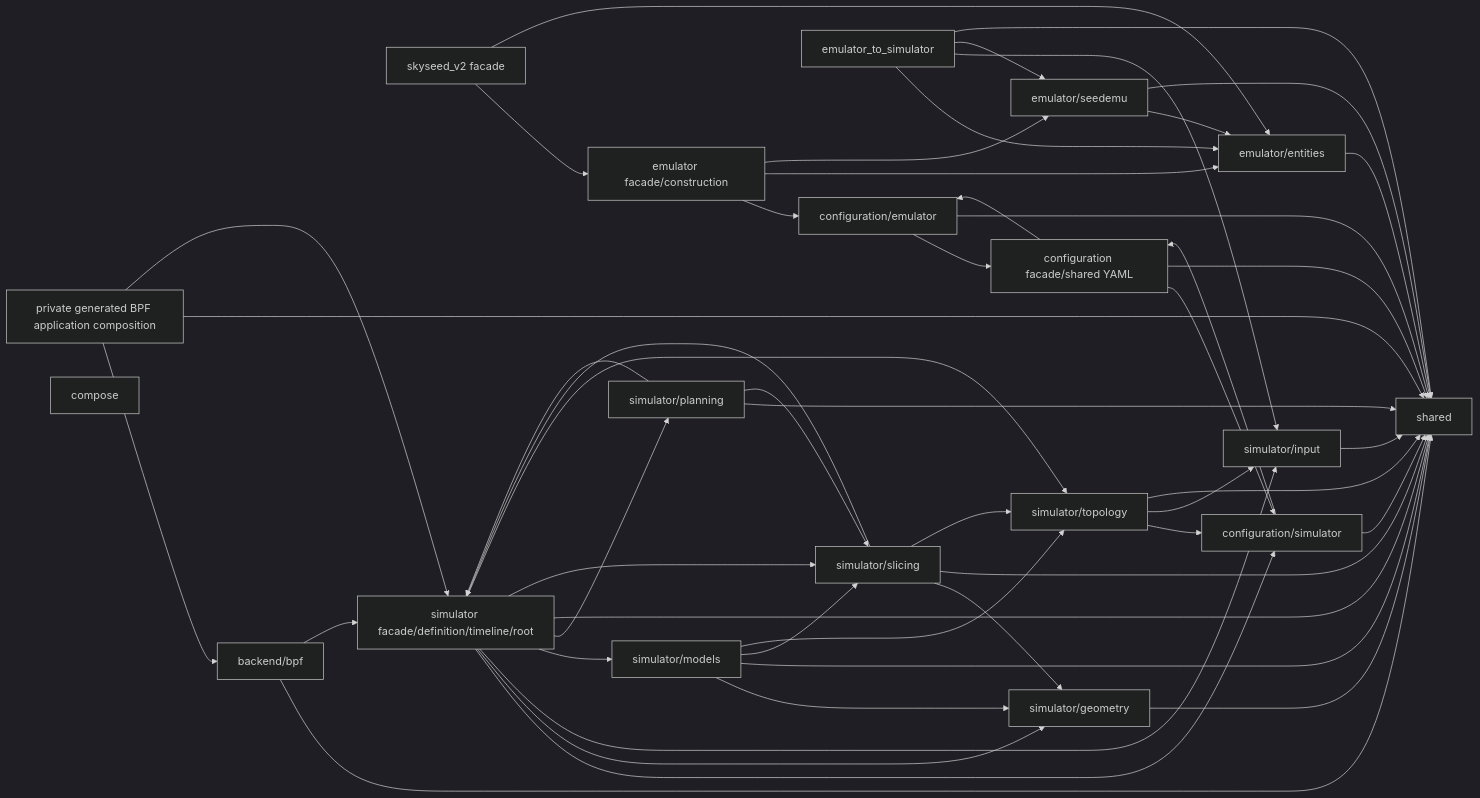
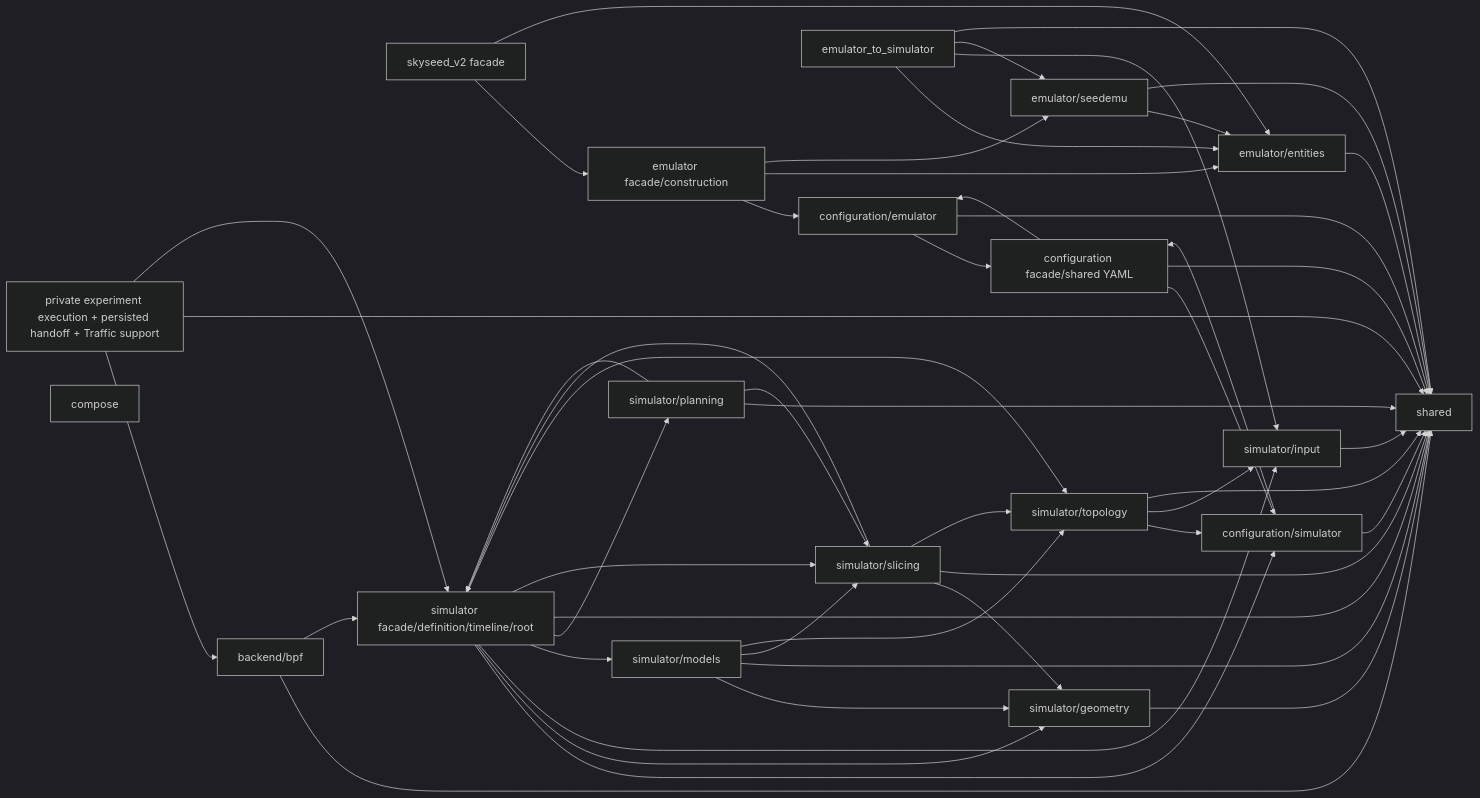
One commit to seed-labs/skyseed changed the diagram in skyseed_v2/docs/human-readable/repository-map.md. Above: the diagram before and after it, drawn with Mermaid (dark theme). The commit also changed other lines of this file and 102 other files, not shown here.

````diff
--- a/skyseed_v2/docs/human-readable/repository-map.md
+++ b/skyseed_v2/docs/human-readable/repository-map.md
@@ -8,71 +8,71 @@
 ```mermaid
 flowchart LR
     ROOT["skyseed_v2 facade"]
-    APP["private generated BPF application composition"]
+    EXPERIMENT["private experiment execution + persisted handoff + Traffic support"]
     SHARED["shared"]
     CONFIG["configuration facade/shared YAML"]
     CONFIG_EMU["configuration/emulator"]
     CONFIG_SIM["configuration/simulator"]
     EMU["emulator facade/construction"]
     ENTITIES["emulator/entities"]
     SEED["emulator/seedemu"]
     BRIDGE["emulator_to_simulator"]
     INPUT["simulator/input"]
     SIM["simulator facade/definition/timeline/root"]
     GEOMETRY["simulator/geometry"]
     TOPOLOGY["simulator/topology"]
     SLICING["simulator/slicing"]
     MODELS["simulator/models"]
     PLANNING["simulator/planning"]
     COMPOSE["compose"]
     BPF["backend/bpf"]
 
-    APP --> BPF
-    APP --> SHARED
-    APP --> SIM
+    EXPERIMENT --> BPF
+    EXPERIMENT --> SHARED
+    EXPERIMENT --> SIM
     BRIDGE --> ENTITIES
     BRIDGE --> INPUT
     BRIDGE --> SEED
     BRIDGE --> SHARED
     CONFIG --> CONFIG_EMU
     CONFIG --> CONFIG_SIM
     CONFIG --> SHARED
     CONFIG_EMU --> CONFIG
     CONFIG_EMU --> SHARED
     CONFIG_SIM --> CONFIG
     CONFIG_SIM --> SHARED
     EMU --> CONFIG_EMU
     EMU --> ENTITIES
     EMU --> SEED
     ENTITIES --> SHARED
     GEOMETRY --> SHARED
     INPUT --> SHARED
     MODELS --> GEOMETRY
     MODELS --> SHARED
     MODELS --> SLICING
     MODELS --> TOPOLOGY
     ROOT --> EMU
     ROOT --> ENTITIES
     SEED --> ENTITIES
     SEED --> SHARED
     SIM --> CONFIG_SIM
     SIM --> GEOMETRY
     SIM --> INPUT
     SIM --> MODELS
     SIM --> PLANNING
     SIM --> SHARED
     SIM --> SLICING
     SIM --> TOPOLOGY
     SLICING --> GEOMETRY
     SLICING --> SHARED
     SLICING --> SIM
     SLICING --> TOPOLOGY
     PLANNING --> SHARED
     PLANNING --> SIM
     PLANNING --> SLICING
     TOPOLOGY --> CONFIG_SIM
     TOPOLOGY --> INPUT
     TOPOLOGY --> SHARED
     BPF --> SHARED
     BPF --> SIM
 ```
````
